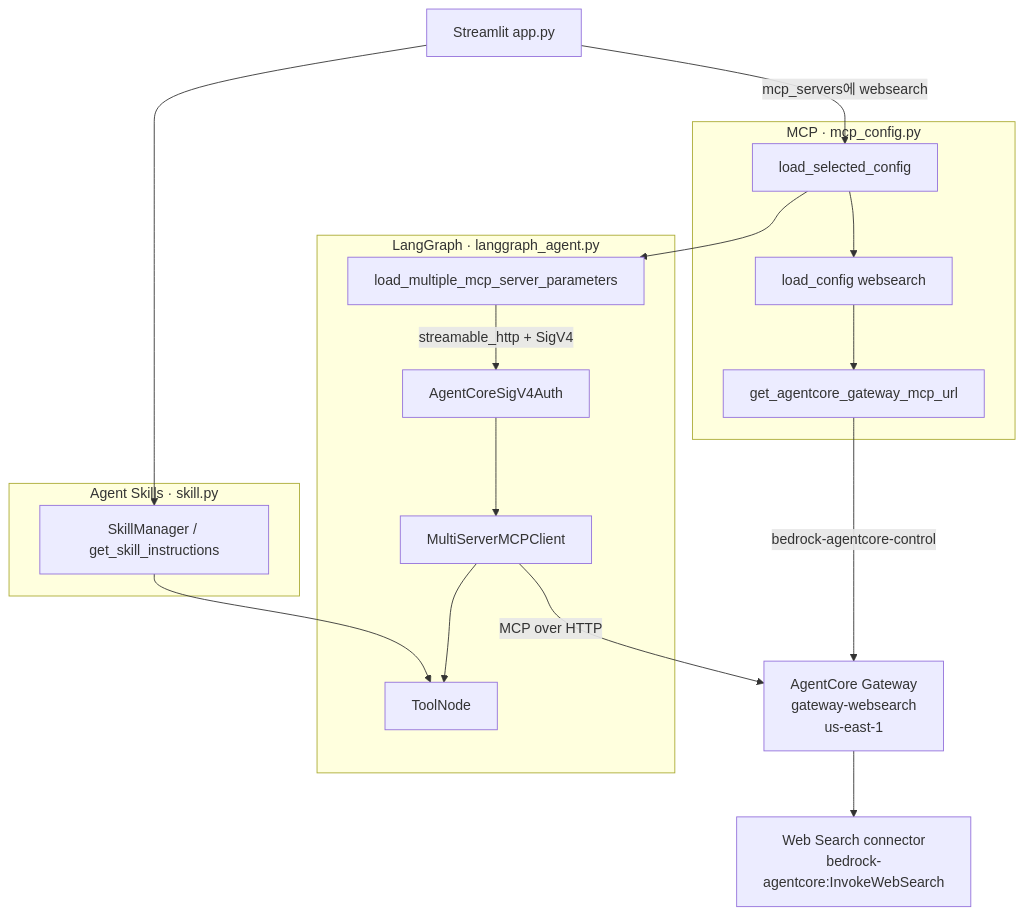
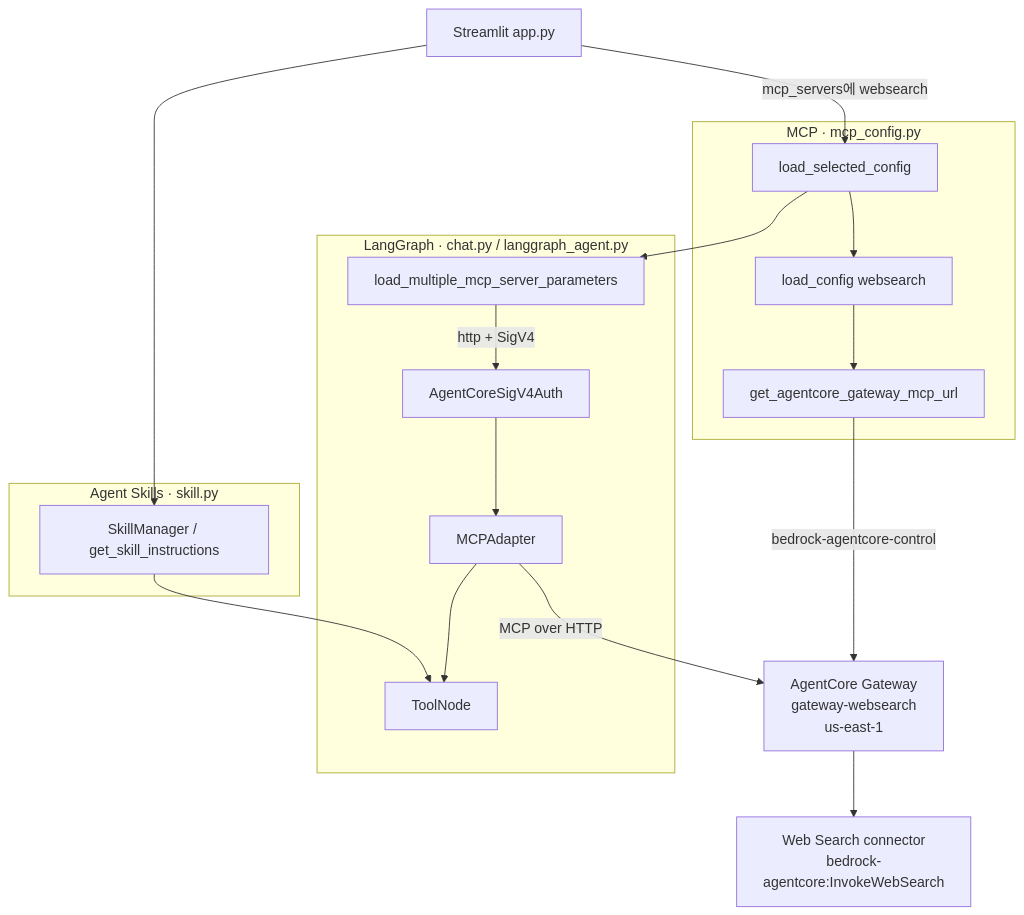
One commit to kyopark2014/agentic-work changed the second of 3 diagrams in websearch.md. Above: the diagram before and after it, drawn with Mermaid. The commit also changed other lines of this file and 23 other files, not shown here.

````diff
--- a/websearch.md
+++ b/websearch.md
@@ -142,38 +142,38 @@
 ```mermaid
 flowchart TB
   UI["Streamlit app.py"]
 
   subgraph Skills["Agent Skills · skill.py"]
     SK[SkillManager / get_skill_instructions]
   end
 
   subgraph MCP["MCP · mcp_config.py"]
     LC[load_config websearch]
     GURL[get_agentcore_gateway_mcp_url]
     LSC[load_selected_config]
   end
 
-  subgraph LG["LangGraph · langgraph_agent.py"]
+  subgraph LG["LangGraph · chat.py / langgraph_agent.py"]
     LMS[load_multiple_mcp_server_parameters]
     AUTH[AgentCoreSigV4Auth]
-    MSC[MultiServerMCPClient]
+    MSC[MCPAdapter]
     TN[ToolNode]
   end
 
   GW["AgentCore Gateway\ngateway-websearch\nus-east-1"]
   WS["Web Search connector\nbedrock-agentcore:InvokeWebSearch"]
 
   UI -->|mcp_servers에 websearch| LSC
   UI --> SK
   LSC --> LC
   LC --> GURL
   GURL -->|bedrock-agentcore-control| GW
 
   LSC --> LMS
-  LMS -->|streamable_http + SigV4| AUTH
+  LMS -->|http + SigV4| AUTH
   AUTH --> MSC
   MSC -->|MCP over HTTP| GW
   GW --> WS
   MSC --> TN
   SK --> TN
 ```
````
